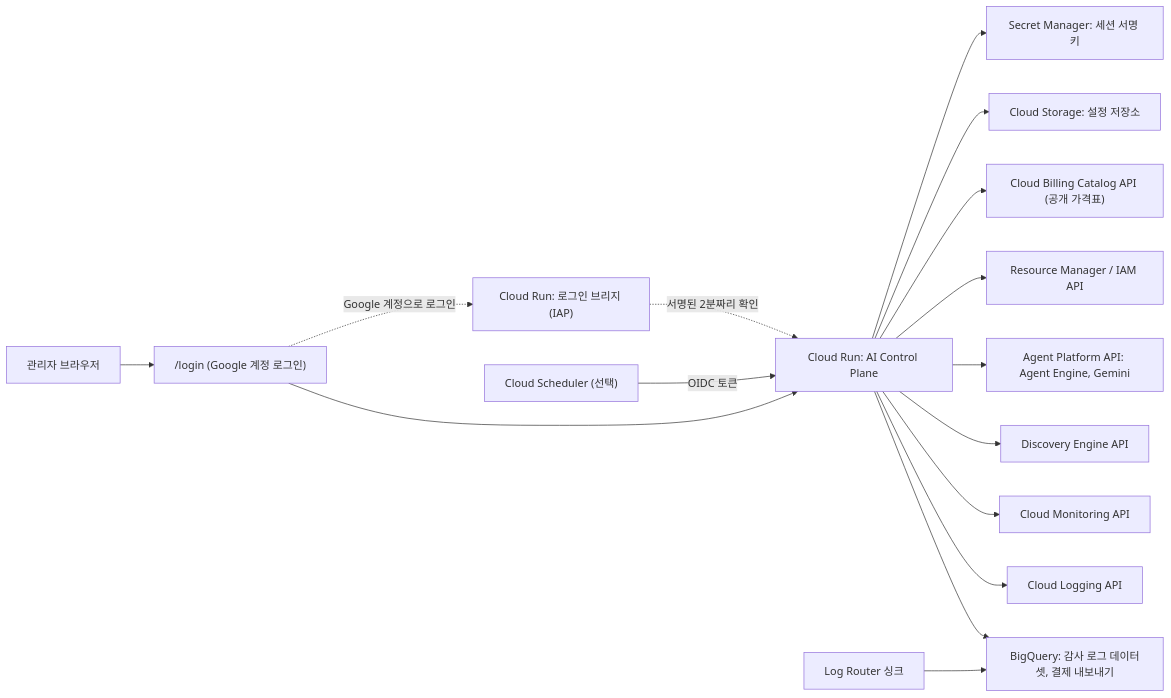
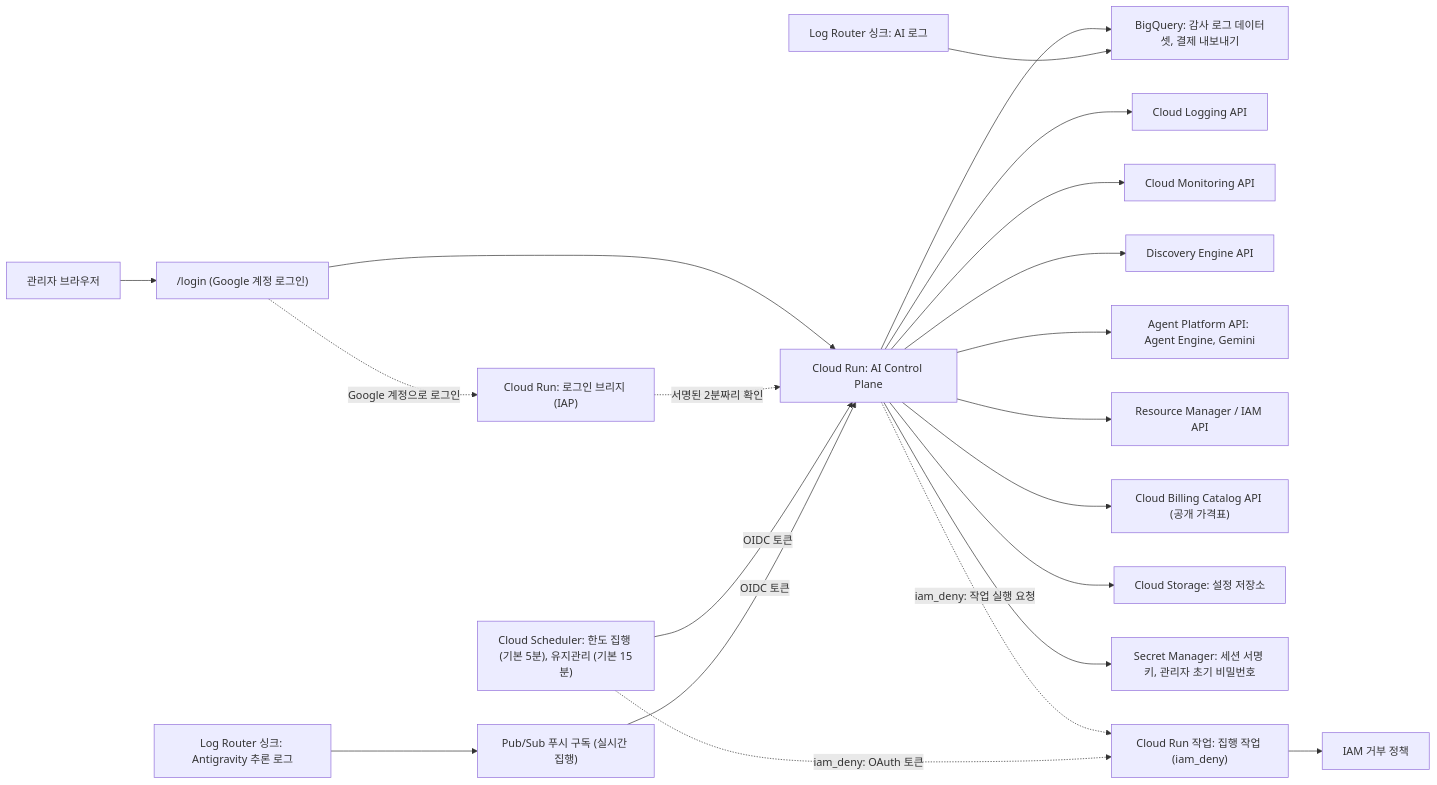
The first of 4 diagrams in README.md (ldu1225/enterprise-ai-governance-dashboard), drawn with Mermaid before and after one commit. The commit also changed other lines of this file and 9 other files, not shown here.

````diff
--- a/README.md
+++ b/README.md
@@ -80,18 +81,23 @@
 ```mermaid
 flowchart LR
   user["관리자 브라우저"] --> login["/login (Google 계정 로그인)"]
   login --> run["Cloud Run: AI Control Plane"]
   bridge["Cloud Run: 로그인 브리지 (IAP)"] -. "서명된 2분짜리 확인" .-> run
   login -. "Google 계정으로 로그인" .-> bridge
   run --> bq["BigQuery: 감사 로그 데이터셋, 결제 내보내기"]
   run --> logging["Cloud Logging API"]
   run --> monitoring["Cloud Monitoring API"]
   run --> de["Discovery Engine API"]
   run --> agentplatform["Agent Platform API: Agent Engine, Gemini"]
   run --> rm["Resource Manager / IAM API"]
   run --> catalog["Cloud Billing Catalog API (공개 가격표)"]
   run --> gcs["Cloud Storage: 설정 저장소"]
-  run --> sm["Secret Manager: 세션 서명 키"]
-  sink["Log Router 싱크"] --> bq
-  sched["Cloud Scheduler (선택)"] -- "OIDC 토큰" --> run
+  run --> sm["Secret Manager: 세션 서명 키, 관리자 초기 비밀번호"]
+  sink["Log Router 싱크: AI 로그"] --> bq
+  sched["Cloud Scheduler: 한도 집행 (기본 5분), 유지관리 (기본 15분)"] -- "OIDC 토큰" --> run
+  usage["Log Router 싱크: Antigravity 추론 로그"] --> pubsub["Pub/Sub 푸시 구독 (실시간 집행)"]
+  pubsub -- "OIDC 토큰" --> run
+  run -. "iam_deny: 작업 실행 요청" .-> job["Cloud Run 작업: 집행 작업 (iam_deny)"]
+  sched -. "iam_deny: OAuth 토큰" .-> job
+  job --> deny["IAM 거부 정책"]
 ```
````
